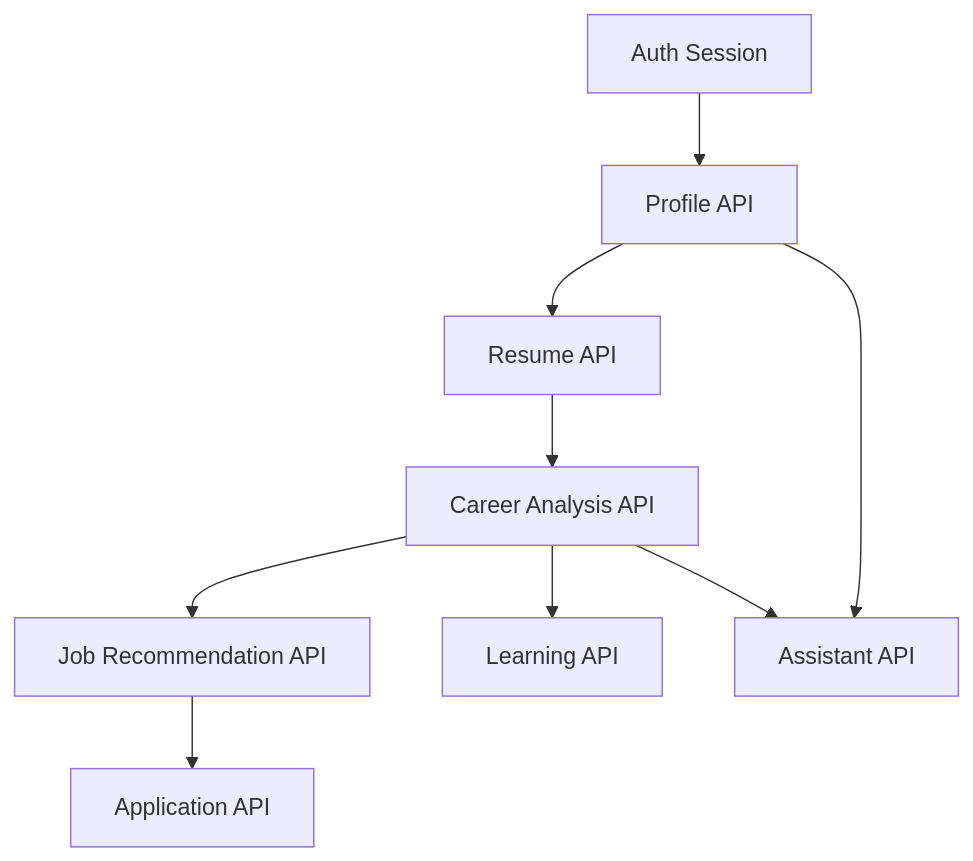
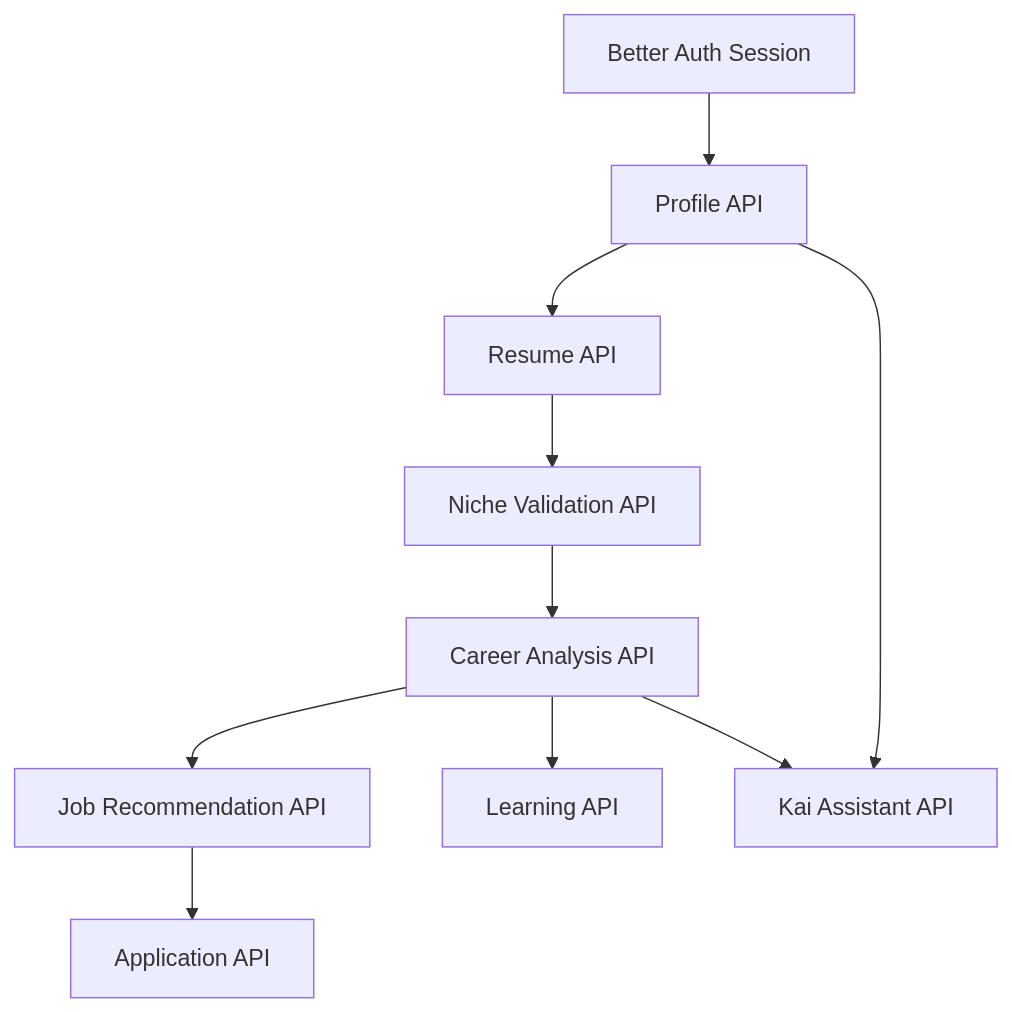
Before and after one commit to Mirzzie/Fadi: the diagram in docs/MVP_API_REQUIREMENTS.md, drawn with Mermaid. The commit also changed other lines of this file and 65 other files, not shown here.

First line of the commit message:
docs: update architecture docs for Better Auth, Kai, and data sources

````diff
--- a/docs/MVP_API_REQUIREMENTS.md
+++ b/docs/MVP_API_REQUIREMENTS.md
@@ -82,11 +90,12 @@
 ```mermaid
 flowchart TD
-    Auth[Auth Session] --> Profile[Profile API]
+    Auth[Better Auth Session] --> Profile[Profile API]
     Profile --> Resume[Resume API]
-    Resume --> Analysis[Career Analysis API]
+    Resume --> Niche[Niche Validation API]
+    Niche --> Analysis[Career Analysis API]
     Analysis --> Jobs[Job Recommendation API]
     Analysis --> Learning[Learning API]
     Jobs --> Applications[Application API]
-    Profile --> Assistant[Assistant API]
+    Profile --> Assistant[Kai Assistant API]
     Analysis --> Assistant
 ```
````
